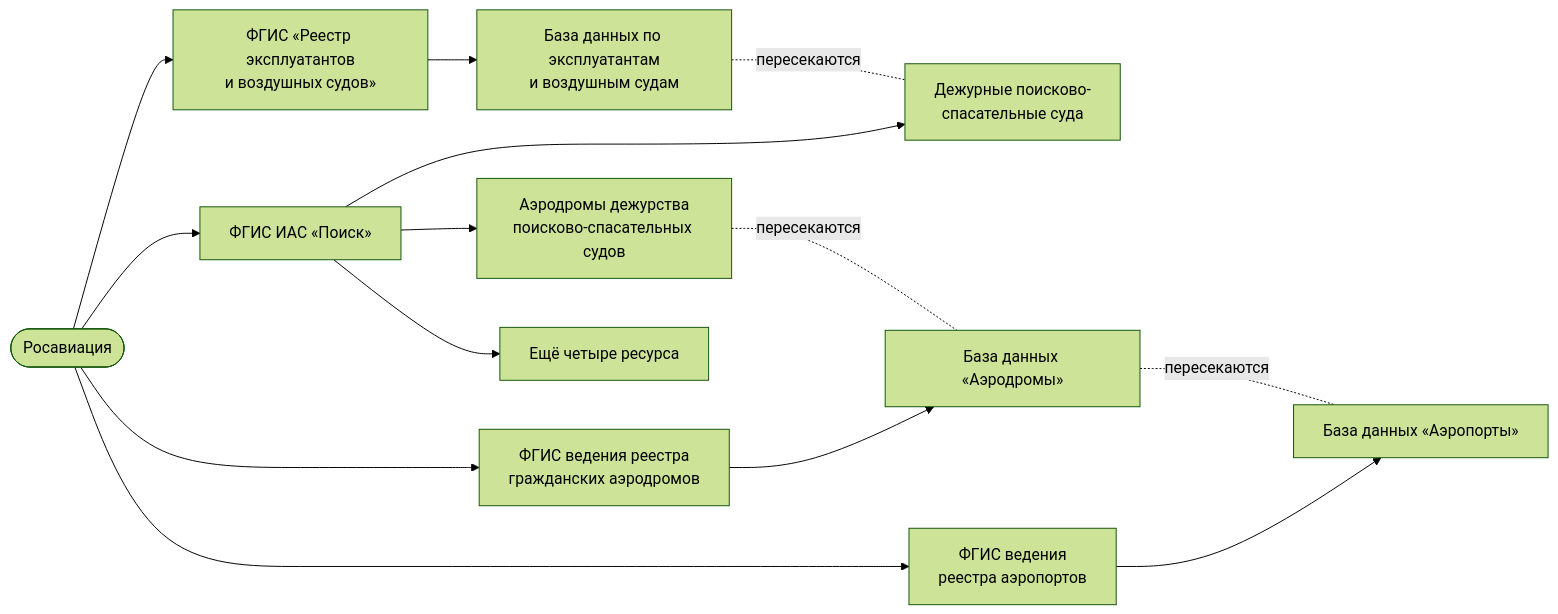
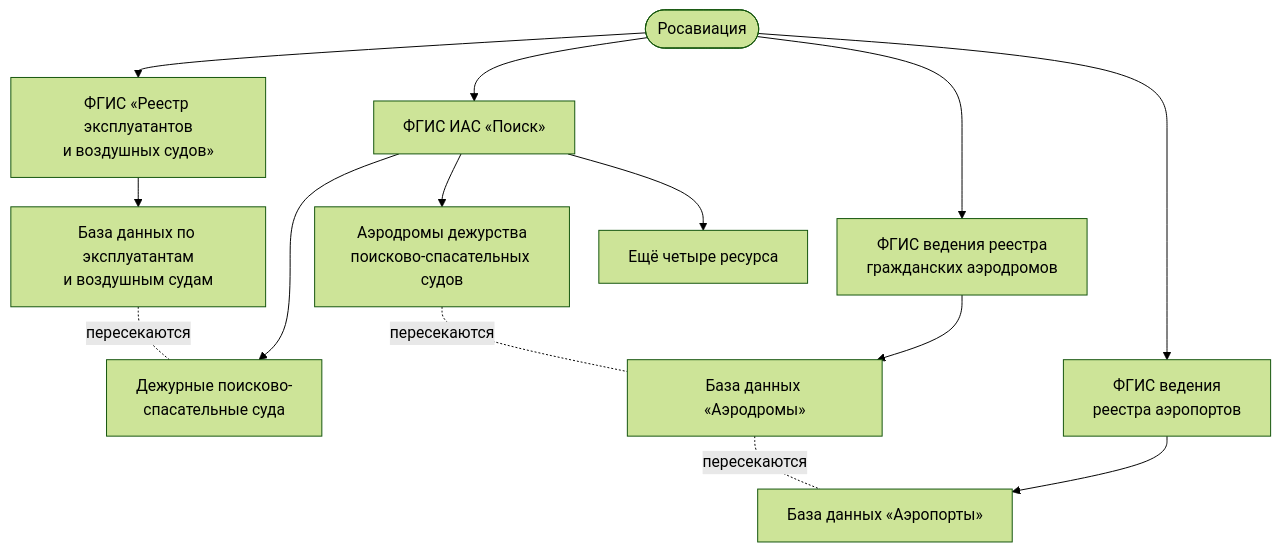
One commit to ivbeg/data-inventory changed the fourth of 6 diagrams in docs/02-approaches/04-data-maps.md. Above: the diagram before and after it, drawn with Mermaid (forest theme). The commit also changed other lines of this file and 34 other files, not shown here.

First line of the commit message:
Читаемая карта от продукта и единый размер схем в PDF

````diff
--- a/docs/02-approaches/04-data-maps.md
+++ b/docs/02-approaches/04-data-maps.md
@@ -115,17 +127,25 @@
 ```mermaid
-flowchart LR
+---
+config:
+  layout: dagre
+  flowchart:
+    rankSpacing: 30
+    nodeSpacing: 30
+    minNodeWidth: 40
+---
+flowchart TB
   R(["Росавиация"])
   R --> S2["ФГИС «Реестр эксплуатантов<br/>и воздушных судов»"]
   R --> S1["ФГИС ИАС «Поиск»"]
   R --> S3["ФГИС ведения реестра<br/>гражданских аэродромов"]
   R --> S4["ФГИС ведения<br/>реестра аэропортов"]
   S2 --> r4["База данных по эксплуатантам<br/>и воздушным судам"]
   S1 --> r2["Дежурные поисково-<br/>спасательные суда"]
   S1 --> r1["Аэродромы дежурства<br/>поисково-спасательных судов"]
   S1 --> r3["Ещё четыре ресурса"]
   S3 --> r5["База данных «Аэродромы»"]
   S4 --> r6["База данных «Аэропорты»"]
   r4 -. "пересекаются" .- r2
   r1 -. "пересекаются" .- r5
   r5 -. "пересекаются" .- r6
 ```
````
